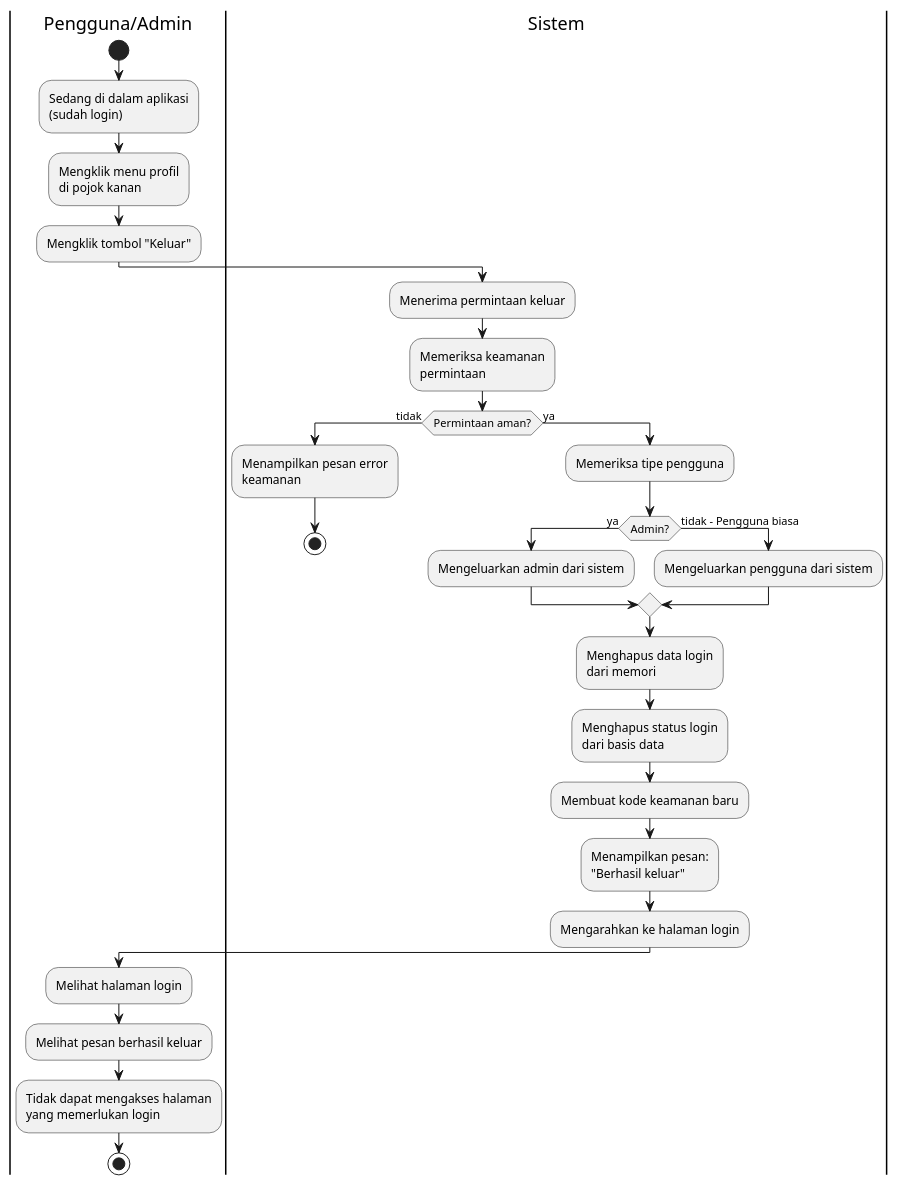
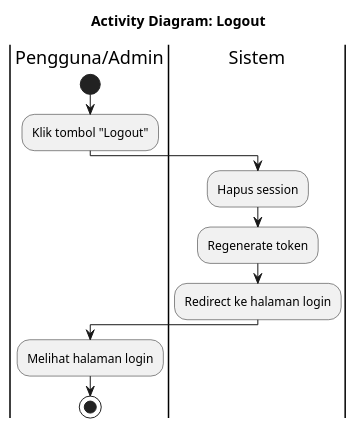
The third of 8 diagrams in documentation/01-backend/MENTAL_HEALTH_DIAGRAMS.md (FathurrahmanAlHafid121140088/AsessmentOnlineITERA), drawn with PlantUML before and after one commit. The commit also changed other lines of this file and 32 other files, not shown here.

````diff
--- a/documentation/01-backend/MENTAL_HEALTH_DIAGRAMS.md
+++ b/documentation/01-backend/MENTAL_HEALTH_DIAGRAMS.md
@@ -276,48 +182,19 @@
 ```plantuml
 @startuml
+title Activity Diagram: Logout
 |Pengguna/Admin|
 start
-:Sedang di dalam aplikasi\n(sudah login);
 
-:Mengklik menu profil\ndi pojok kanan;
-
-:Mengklik tombol "Keluar";
+:Klik tombol "Logout";
 
 |Sistem|
-:Menerima permintaan keluar;
-
-:Memeriksa keamanan\npermintaan;
-
-if (Permintaan aman?) then (tidak)
-  :Menampilkan pesan error\nkeamanan;
-  stop
-else (ya)
-  :Memeriksa tipe pengguna;
-
-  if (Admin?) then (ya)
-    :Mengeluarkan admin dari sistem;
-  else (tidak - Pengguna biasa)
-    :Mengeluarkan pengguna dari sistem;
-  endif
-
-  :Menghapus data login\ndari memori;
-
-  :Menghapus status login\ndari basis data;
-
-  :Membuat kode keamanan baru;
-
-  :Menampilkan pesan:\n"Berhasil keluar";
-
-  :Mengarahkan ke halaman login;
-endif
+:Hapus session;
+:Regenerate token;
+:Redirect ke halaman login;
 
 |Pengguna/Admin|
 :Melihat halaman login;
 
-:Melihat pesan berhasil keluar;
-
-:Tidak dapat mengakses halaman\nyang memerlukan login;
-
 stop
 @enduml
 ```
````
